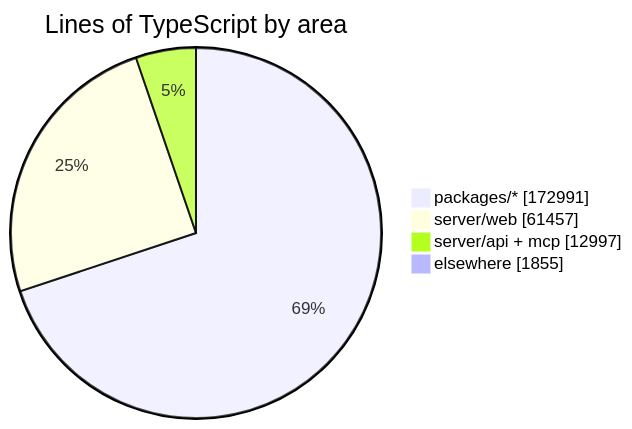
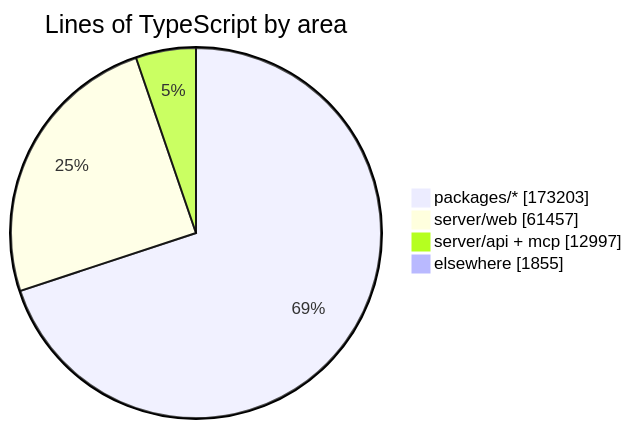
The diagram in README.md (crossworks-engineering/mantle), drawn with Mermaid before and after one commit. The commit also changed other lines of this file and 2 other files, not shown here.

````diff
--- a/README.md
+++ b/README.md
@@ -279,7 +279,7 @@
 ```mermaid
 pie showData title Lines of TypeScript by area
-    "packages/*" : 172991
+    "packages/*" : 173203
     "server/web" : 61457
     "server/api + mcp" : 12997
     "elsewhere" : 1855
 ```
````
